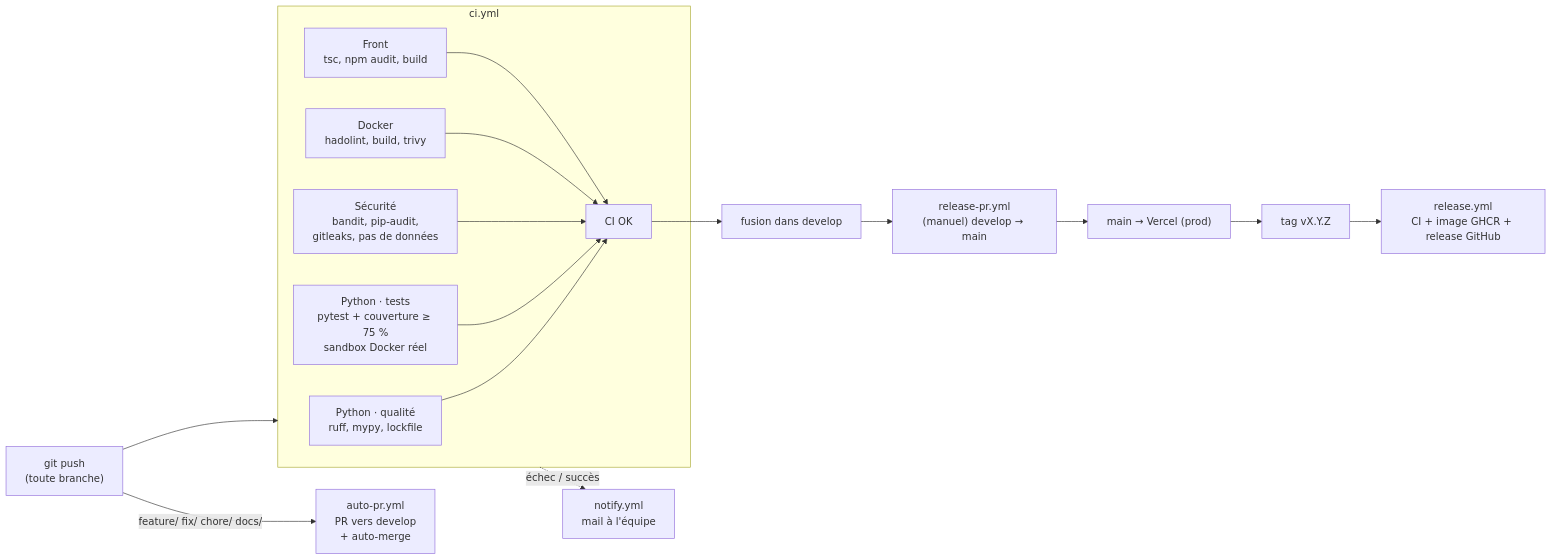
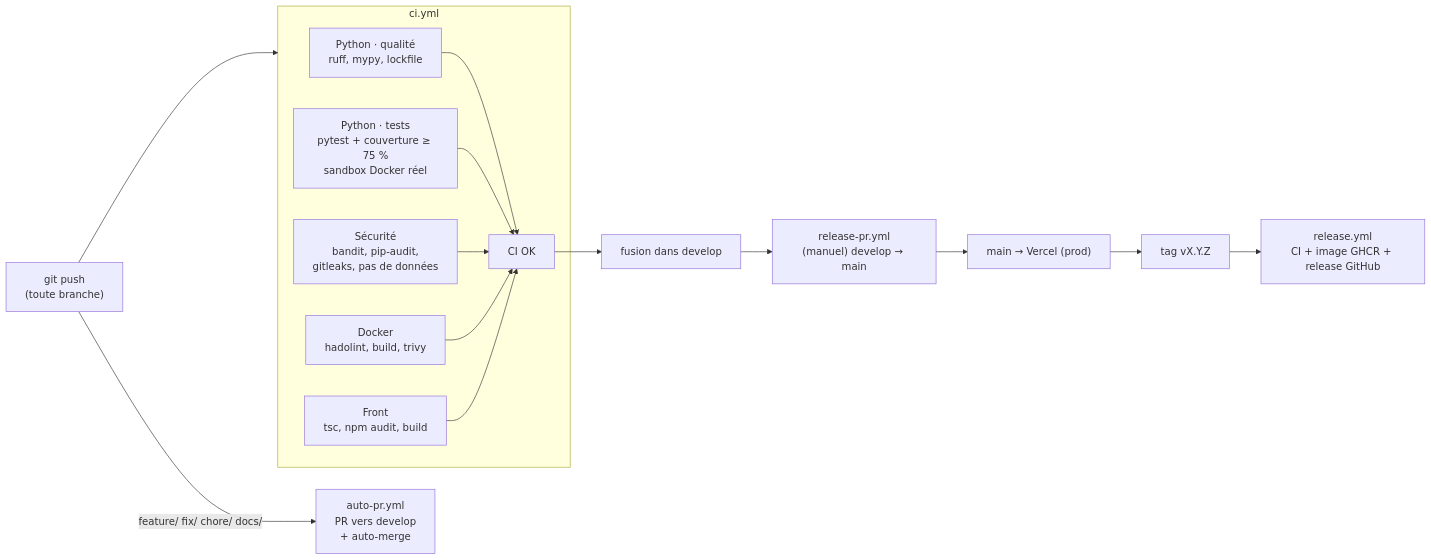
Before and after one commit to Tooom123/Wavestone_PFEE: the diagram in docs/ci-cd.md, drawn with Mermaid. The commit also changed other lines of this file and 10 other files, not shown here.

````diff
--- a/docs/ci-cd.md
+++ b/docs/ci-cd.md
@@ -6,19 +6,18 @@
 ```mermaid
 flowchart LR
   push["git push<br/>(toute branche)"] --> CI
   subgraph CI["ci.yml"]
     Q["Python · qualité<br/>ruff, mypy, lockfile"]
     T["Python · tests<br/>pytest + couverture ≥ 75 %<br/>sandbox Docker réel"]
     S["Sécurité<br/>bandit, pip-audit,<br/>gitleaks, pas de données"]
     D["Docker<br/>hadolint, build, trivy"]
     W["Front<br/>tsc, npm audit, build"]
     Q & T & S & D & W --> OK["CI OK"]
   end
   push -->|feature/ fix/ chore/ docs/| PR["auto-pr.yml<br/>PR vers develop<br/>+ auto-merge"]
   OK --> Merge["fusion dans develop"]
   Merge --> RPR["release-pr.yml<br/>(manuel) develop → main"]
   RPR --> Main["main → Vercel (prod)"]
   Main --> Tag["tag vX.Y.Z"]
   Tag --> Rel["release.yml<br/>CI + image GHCR + release GitHub"]
-  CI -.->|échec / succès| Mail["notify.yml<br/>mail à l'équipe"]
 ```
````
